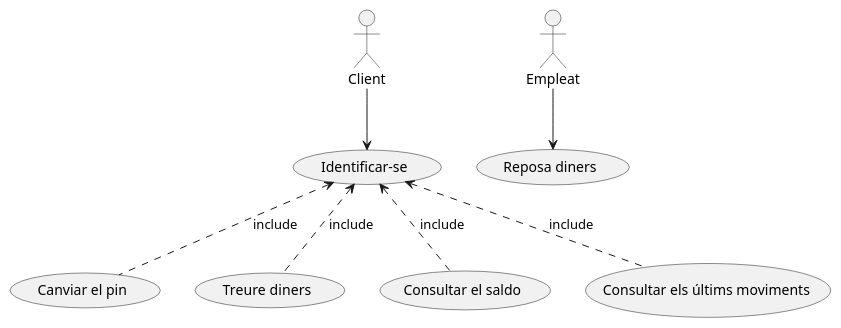
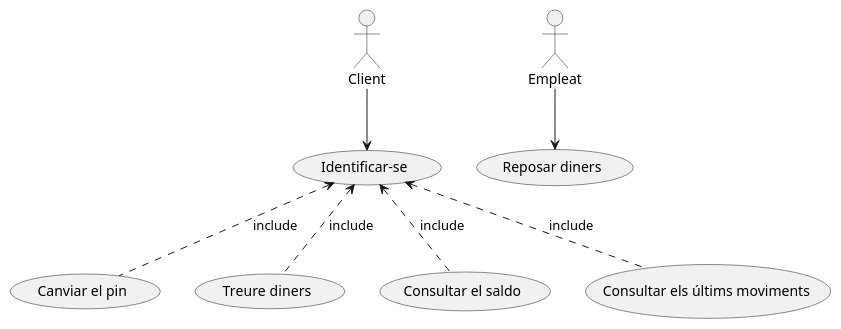
The diagram in M5/AEA.3.2.2. Avançat Diagrames de casos d'ús/PlantUML/Caixer.puml (saracaparros/DAW), drawn with PlantUML before and after one commit. The commit also changed 1 other file, not shown here.

```diff
--- a/M5/AEA.3.2.2. Avançat Diagrames de casos d'ús/PlantUML/Caixer.puml
+++ b/M5/AEA.3.2.2. Avançat Diagrames de casos d'ús/PlantUML/Caixer.puml
@@ -1,12 +1,13 @@
 @startuml
 :Client: as C
 :Empleat: as E
 (Identificar-se) as I
 
 C --> I
 I <.. (Canviar el pin) : include
 I <.. (Treure diners) : include
 I <.. (Consultar el saldo) : include
 I <.. (Consultar els últims moviments): include
-E --> (Reposa diners)
+E --> (Reposar diners)
+
 @enduml
```
